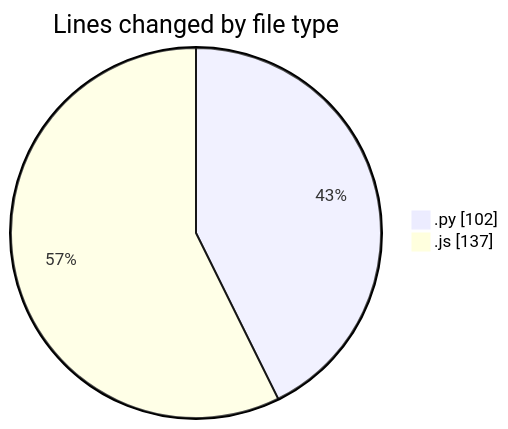
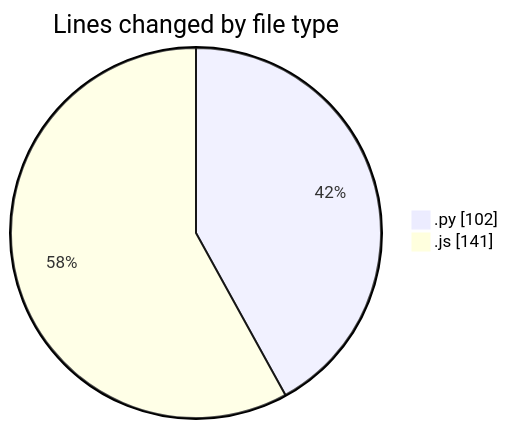
Before and after one commit to nxtqubesakshisongat/code-tracking: the first of 2 diagrams in 2025-04-12/nxtqube_webapp/README.md, drawn with Mermaid. The commit also changed other lines of this file and 1 other file, not shown here.

````diff
--- a/2025-04-12/nxtqube_webapp/README.md
+++ b/2025-04-12/nxtqube_webapp/README.md
@@ -21,6 +21,6 @@
 ```mermaid
 pie showData
 title Lines changed by file type
 ".py" : 102
-".js" : 137
+".js" : 141
 ```
````
